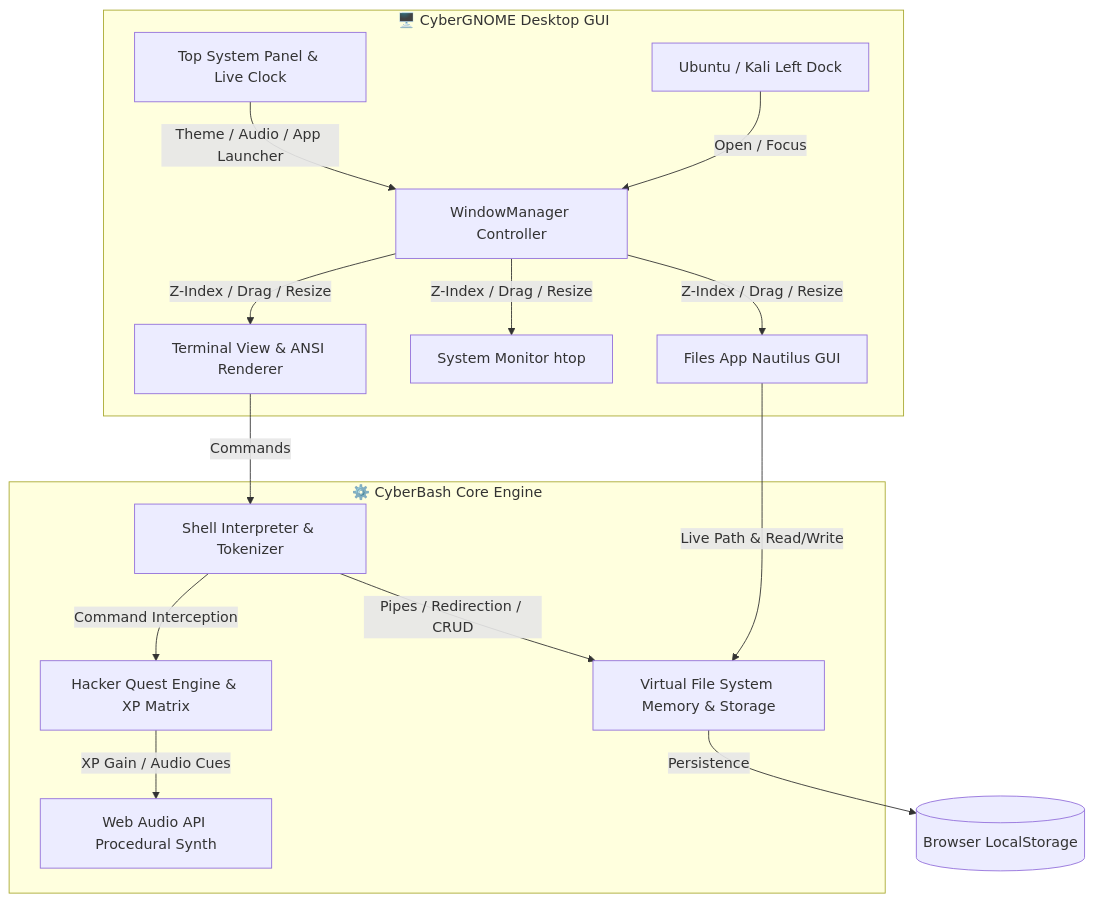
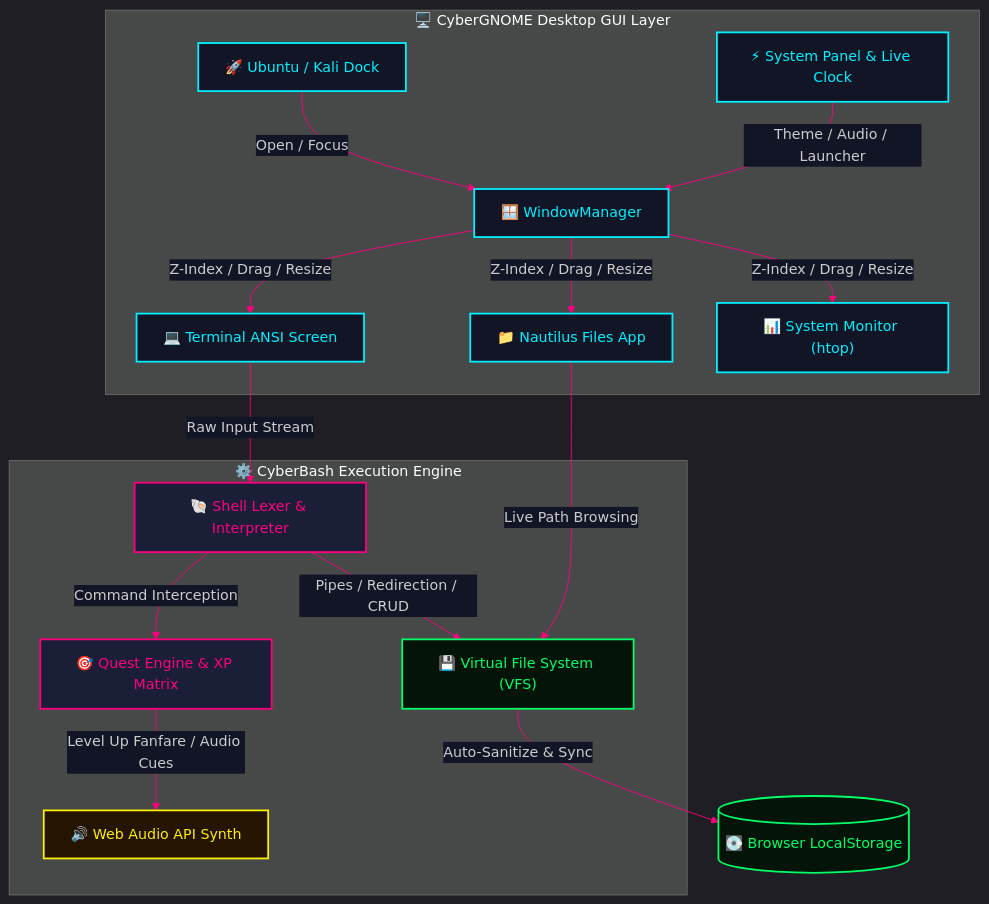
The diagram in README.md (Nivedreddy6/cyberbash-os), drawn with Mermaid before and after one commit. The commit also changed other lines of this file, not shown here.

Commit message:
docs: enhance README with vivid diff syntax highlighting, styled alerts, and neon mermaid architecture

````diff
--- a/README.md
+++ b/README.md
@@ -151,31 +152,37 @@
 ```mermaid
+%%{init: {'theme': 'dark', 'themeVariables': { 'primaryColor': '#00f0ff', 'edgeLabelBackground':'#121526', 'tertiaryColor': '#1a1e36', 'lineColor': '#ff007f'}}}%%
 graph TD
-    subgraph UI_Layer ["🖥️ CyberGNOME Desktop GUI"]
-        WM[WindowManager Controller]
-        TopBar[Top System Panel & Live Clock]
-        Dock[Ubuntu / Kali Left Dock]
-        Nautilus[Files App Nautilus GUI]
-        SysMon[System Monitor htop]
-        TermView[Terminal View & ANSI Renderer]
+    classDef ui fill:#121526,stroke:#00f0ff,stroke-width:2px,color:#00f0ff;
+    classDef core fill:#1a1e36,stroke:#ff007f,stroke-width:2px,color:#ff007f;
+    classDef vfs fill:#051408,stroke:#00ff66,stroke-width:2px,color:#00ff66;
+    classDef audio fill:#241400,stroke:#fcee0a,stroke-width:2px,color:#fcee0a;
+
+    subgraph UI ["🖥️ CyberGNOME Desktop GUI Layer"]
+        WM["🪟 WindowManager"]:::ui
+        Dock["🚀 Ubuntu / Kali Dock"]:::ui
+        TopBar["⚡ System Panel & Live Clock"]:::ui
+        Nautilus["📁 Nautilus Files App"]:::ui
+        TermView["💻 Terminal ANSI Screen"]:::ui
+        SysMon["📊 System Monitor (htop)"]:::ui
     end
 
-    subgraph Core_Engine ["⚙️ CyberBash Core Engine"]
-        Shell[Shell Interpreter & Tokenizer]
-        VFS[Virtual File System Memory & Storage]
-        Audio[Web Audio API Procedural Synth]
-        Quest[Hacker Quest Engine & XP Matrix]
+    subgraph Core ["⚙️ CyberBash Execution Engine"]
+        Shell["🐚 Shell Lexer & Interpreter"]:::core
+        Quests["🎯 Quest Engine & XP Matrix"]:::core
+        AudioSynth["🔊 Web Audio API Synth"]:::audio
+        VFS["💾 Virtual File System (VFS)"]:::vfs
     end
 
     Dock -->|Open / Focus| WM
-    TopBar -->|Theme / Audio / App Launcher| WM
+    TopBar -->|Theme / Audio / Launcher| WM
     WM -->|Z-Index / Drag / Resize| TermView
     WM -->|Z-Index / Drag / Resize| Nautilus
     WM -->|Z-Index / Drag / Resize| SysMon
-    
-    TermView -->|Commands| Shell
-    Nautilus -->|Live Path & Read/Write| VFS
+
+    TermView -->|Raw Input Stream| Shell
     Shell -->|Pipes / Redirection / CRUD| VFS
-    Shell -->|Command Interception| Quest
-    Quest -->|XP Gain / Audio Cues| Audio
-    VFS -->|Persistence| LocalStorage[(Browser LocalStorage)]
+    Shell -->|Command Interception| Quests
+    Nautilus -->|Live Path Browsing| VFS
+    Quests -->|Level Up Fanfare / Audio Cues| AudioSynth
+    VFS -->|Auto-Sanitize & Sync| LocalStorage[("💽 Browser LocalStorage")]:::vfs
 ```
````
